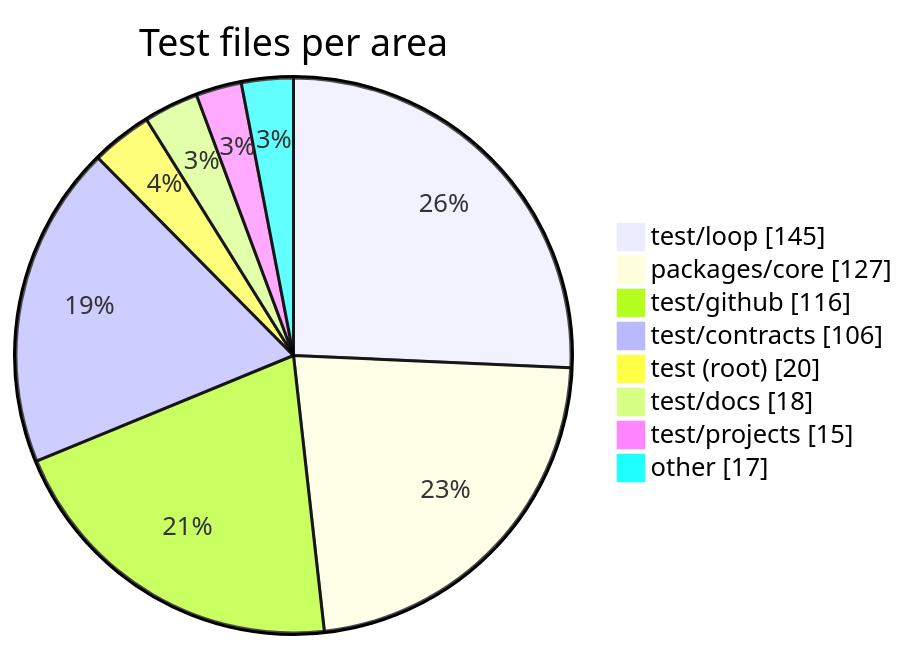
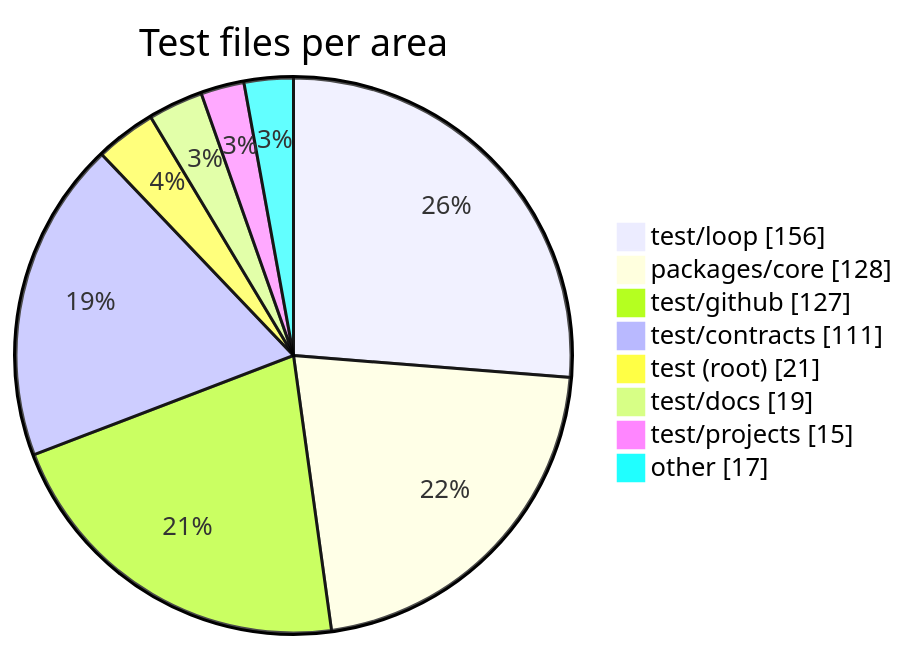
One commit to mfittko/dev-loops changed the third of 12 diagrams in docs/atlas/13-numbers.md. Above: the diagram before and after it, drawn with Mermaid. The commit also changed other lines of this file, not shown here.

````diff
--- a/docs/atlas/13-numbers.md
+++ b/docs/atlas/13-numbers.md
@@ -56,12 +56,12 @@
 ```mermaid
 pie showData
   title Test files per area
-  "test/loop" : 145
-  "packages/core" : 127
-  "test/github" : 116
-  "test/contracts" : 106
-  "test (root)" : 20
-  "test/docs" : 18
+  "test/loop" : 156
+  "packages/core" : 128
+  "test/github" : 127
+  "test/contracts" : 111
+  "test (root)" : 21
+  "test/docs" : 19
   "test/projects" : 15
   "other" : 17
 ```
````
